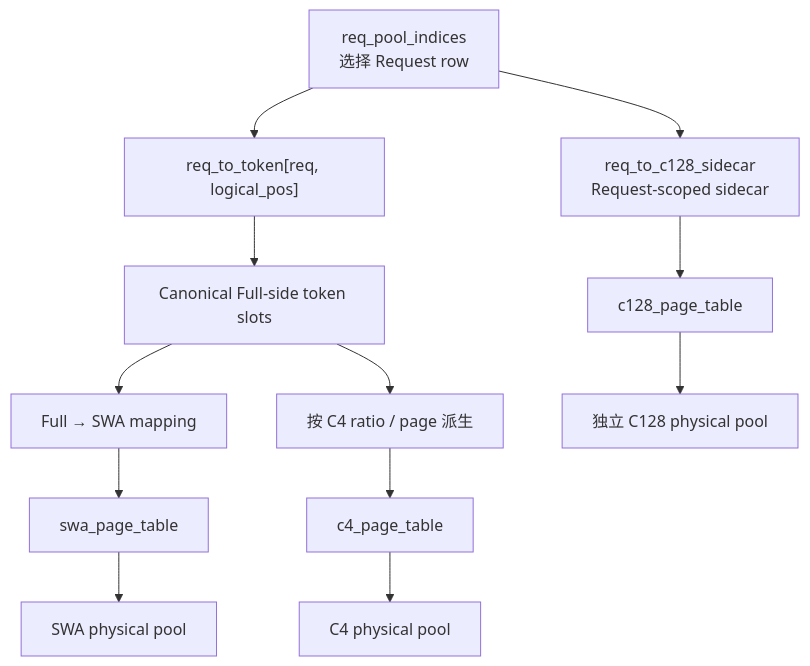
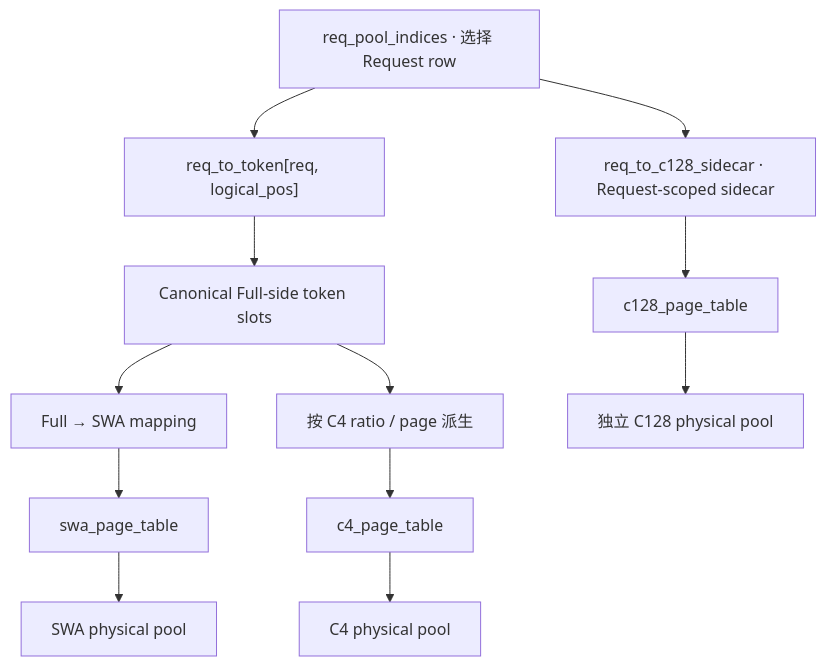
The fourth of 7 diagrams in docs/fundamentals/sglang-decode-source-reading-primer.md (AkiYangDev/llm-inference-notes), drawn with Mermaid before and after one commit. The commit also changed other lines of this file and 44 other files, not shown here.

```diff
--- a/docs/fundamentals/sglang-decode-source-reading-primer.md
+++ b/docs/fundamentals/sglang-decode-source-reading-primer.md
@@ -423,24 +358,24 @@
 ~~~mermaid
 flowchart TD
-    R["req_pool_indices<br/>选择 Request row"]
+    R["req_pool_indices · 选择 Request row"]
     RT["req_to_token[req, logical_pos]"]
     FULL["Canonical Full-side token slots"]
 
     SM["Full → SWA mapping"]
     SPT["swa_page_table"]
     SP["SWA physical pool"]
 
     C4M["按 C4 ratio / page 派生"]
     C4T["c4_page_table"]
     C4P["C4 physical pool"]
 
-    SIDE["req_to_c128_sidecar<br/>Request-scoped sidecar"]
+    SIDE["req_to_c128_sidecar · Request-scoped sidecar"]
     C128T["c128_page_table"]
     C128P["独立 C128 physical pool"]
 
     R --> RT --> FULL
     FULL --> SM --> SPT --> SP
     FULL --> C4M --> C4T --> C4P
 
     R --> SIDE --> C128T --> C128P
 ~~~
```
